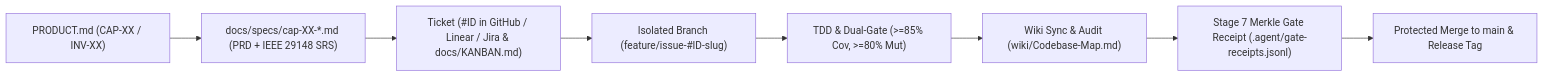
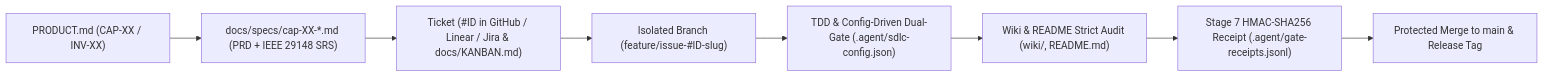
The diagram in wiki/Traceability.md (fmatar/sealit), drawn with Mermaid before and after one commit. The commit also changed other lines of this file and 21 other files, not shown here.

Commit message:
docs(#114): upgrade README, wiki, PRD & SRS with v0.4.0 architecture and Archlens links

````diff
--- a/wiki/Traceability.md
+++ b/wiki/Traceability.md
@@ -9,10 +9,10 @@
 ```mermaid
 flowchart LR
     P["PRODUCT.md (CAP-XX / INV-XX)"] --> S["docs/specs/cap-XX-*.md (PRD + IEEE 29148 SRS)"]
     S --> T["Ticket (#ID in GitHub / Linear / Jira & docs/KANBAN.md)"]
     T --> B["Isolated Branch (feature/issue-#ID-slug)"]
-    B --> C["TDD & Dual-Gate (>=85% Cov, >=80% Mut)"]
-    C --> W["Wiki Sync & Audit (wiki/Codebase-Map.md)"]
-    W --> R["Stage 7 Merkle Gate Receipt (.agent/gate-receipts.jsonl)"]
+    B --> C["TDD & Config-Driven Dual-Gate (.agent/sdlc-config.json)"]
+    C --> W["Wiki & README Strict Audit (wiki/, README.md)"]
+    W --> R["Stage 7 HMAC-SHA256 Receipt (.agent/gate-receipts.jsonl)"]
     R --> M["Protected Merge to main & Release Tag"]
 ```
````
